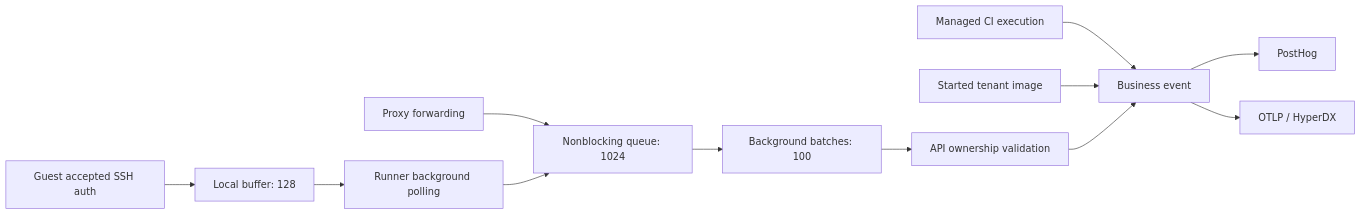
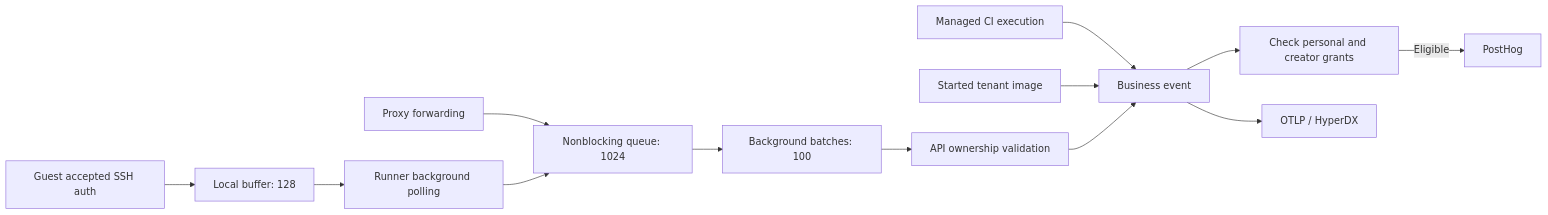
The second of 2 diagrams in apps/api/README.md (boxlite-ai/boxlite), drawn with Mermaid before and after one commit. The commit also changed other lines of this file and 66 other files, not shown here.

````diff
--- a/apps/api/README.md
+++ b/apps/api/README.md
@@ -952,14 +952,15 @@
 ```mermaid
 flowchart LR
     SSH[Guest accepted SSH auth] --> Buffer[Local buffer: 128]
     Buffer --> Collector[Runner background polling]
     Proxy[Proxy forwarding] --> Queue[Nonblocking queue: 1024]
     Collector --> Queue
     Queue --> Batch[Background batches: 100]
     Batch --> Ingest[API ownership validation]
     CI[Managed CI execution] --> Event[Business event]
     Image[Started tenant image] --> Event
     Ingest --> Event
-    Event --> PH[PostHog]
+    Event --> Consent[Check personal and creator grants]
+    Consent -->|Eligible| PH[PostHog]
     Event --> OTLP[OTLP / HyperDX]
 ```
````
